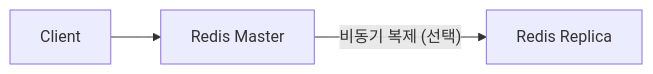
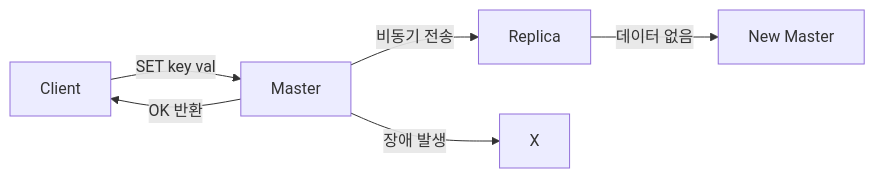
Before and after one commit to yjkim2015/yjkim2015.github.io: the sixth of 7 diagrams in _posts/redis/2026-05-01-redis-cluster-sentinel.md, drawn with Mermaid. The commit also changed other lines of this file and 4 other files, not shown here.

````diff
--- a/_posts/redis/2026-05-01-redis-cluster-sentinel.md
+++ b/_posts/redis/2026-05-01-redis-cluster-sentinel.md
@@ -28,5 +622,8 @@
 ```mermaid
 graph LR
-    C["Client"] --> M["Redis Master"]
-    M -->|"비동기 복제 (선택)"| R["Redis Replica"]
+    C["Client"] -->|"SET key val"| M["Master"]
+    M -->|"OK 반환"| C
+    M -->|"비동기 전송"| R["Replica"]
+    M -->|"장애 발생"| DEAD["X"]
+    R -->|"데이터 없음"| NEW["New Master"]
 ```
````
